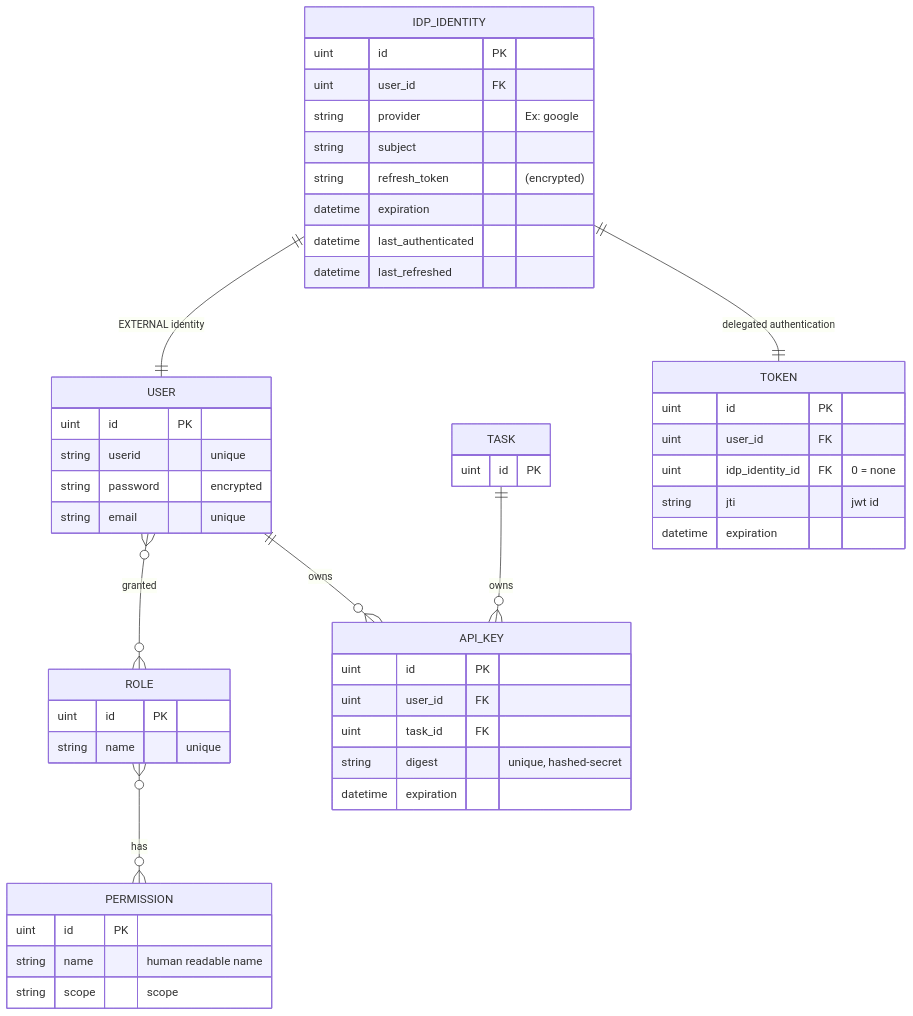
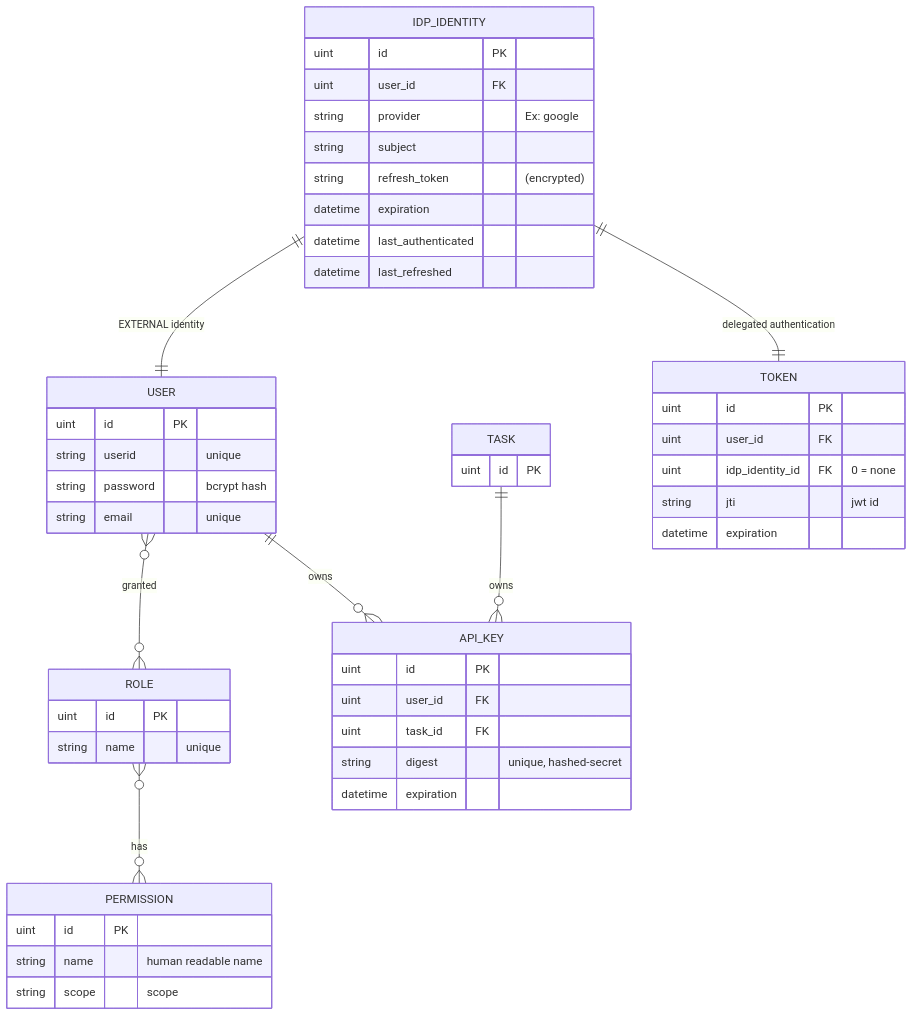
One commit to konveyor/enhancements changed the first of 6 diagrams in enhancements/hub-oidc-provider/DESIGN.md. Above: the diagram before and after it, drawn with Mermaid. The commit also changed other lines of this file and 1 other file, not shown here.

Commit message:
checkpoint

````diff
--- a/enhancements/hub-oidc-provider/DESIGN.md
+++ b/enhancements/hub-oidc-provider/DESIGN.md
@@ -53,58 +53,58 @@
 ```mermaid
 erDiagram
     USER }o--o{ ROLE : "granted"
     ROLE }o--o{ PERMISSION : "has"
     USER ||--o{ API_KEY : "owns"
     TASK ||--o{ API_KEY : "owns"
     IDP_IDENTITY ||--|| USER : "EXTERNAL identity"
     IDP_IDENTITY ||--|| TOKEN : "delegated authentication"
 
     USER {
         uint id PK
         string userid "unique"
-        string password "encrypted"
+        string password "bcrypt hash"
         string email "unique"
     }
 
     ROLE {
         uint id PK
         string name "unique"
     }
 
     PERMISSION {
         uint id PK
         string name "human readable name"
         string scope "scope"
     }
 
     API_KEY {
         uint id PK
         uint user_id FK
         uint task_id FK
         string digest "unique, hashed-secret"
         datetime expiration
     }
 
     IDP_IDENTITY {
         uint id PK
         uint user_id FK
         string provider "Ex: google"
         string subject
         string refresh_token "(encrypted)"
         datetime expiration
         datetime last_authenticated
         datetime last_refreshed
     }
     
     TOKEN {
         uint id PK
         uint user_id FK
         uint idp_identity_id FK "0 = none"
         string jti "jwt id"
         datetime expiration
     }
     
     TASK {
     uint id PK
     }
 ```
````
